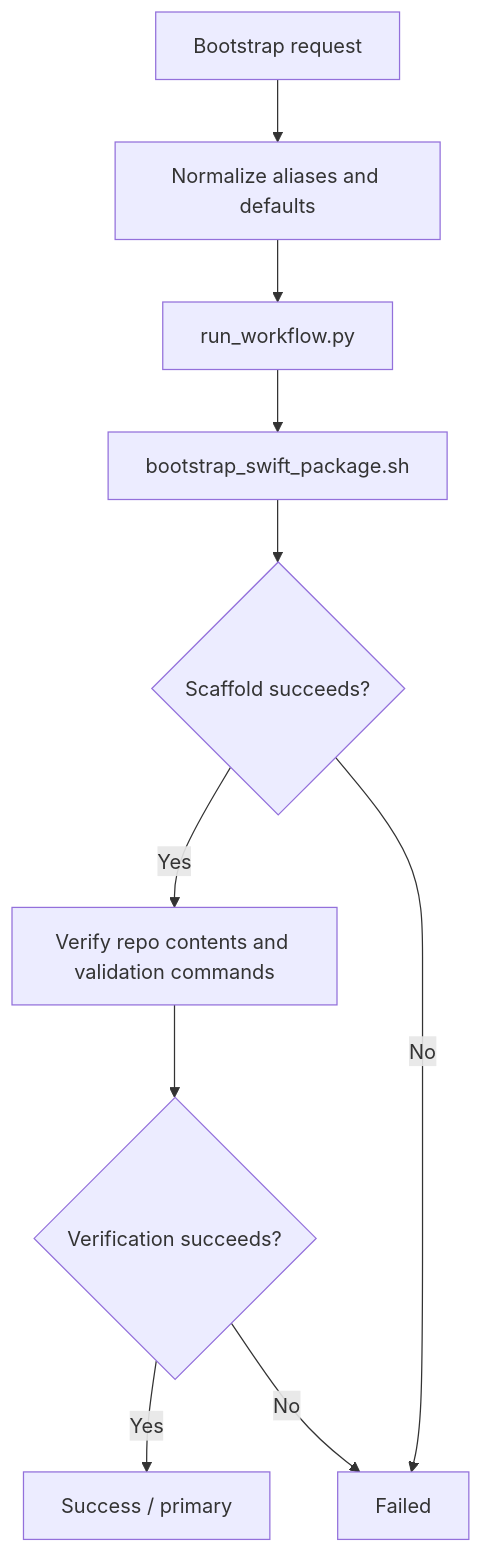
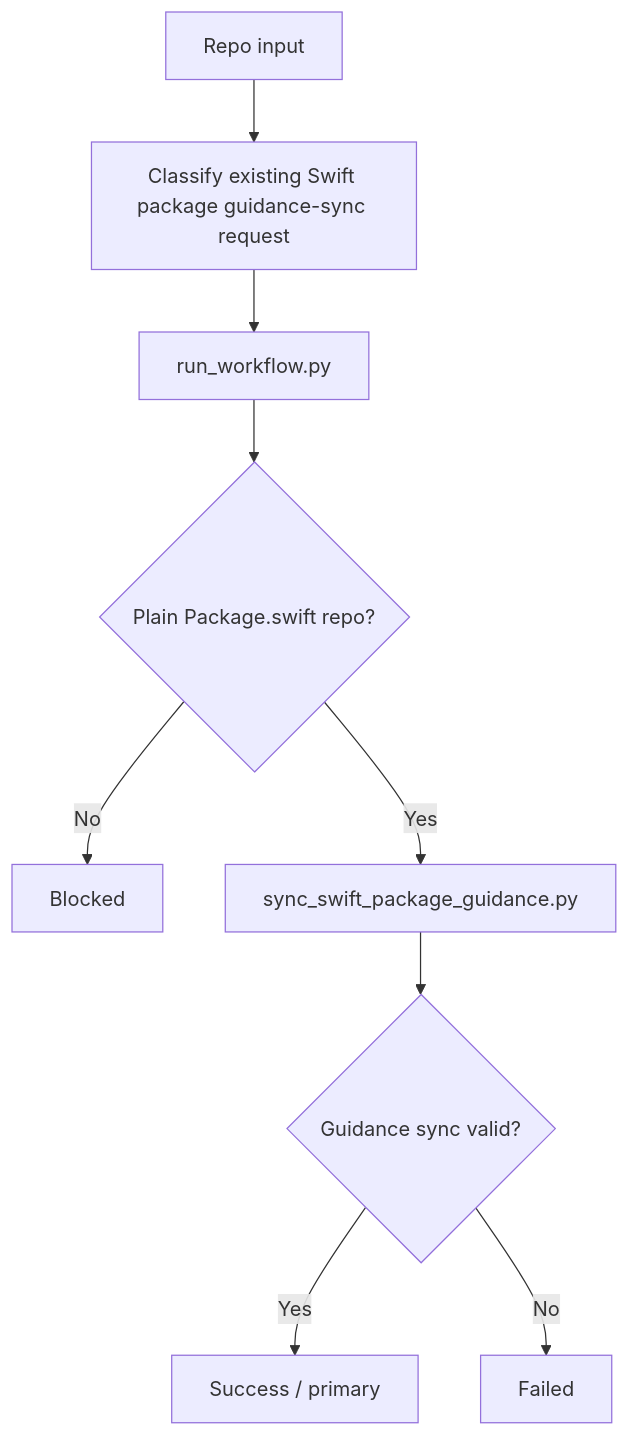
One commit to gaelic-ghost/apple-dev-skills changed the eighth of 8 diagrams in docs/maintainers/workflow-atlas.md. Above: the diagram before and after it, drawn with Mermaid. The commit also changed other lines of this file and 43 other files, not shown here.

Commit message:
Extract Apple and Swift docs workflow skill

````diff
--- a/docs/maintainers/workflow-atlas.md
+++ b/docs/maintainers/workflow-atlas.md
@@ -552,12 +425,11 @@
 ```mermaid
 flowchart TD
-    I["Bootstrap request"] --> N["Normalize aliases and defaults"]
-    N --> RW["run_workflow.py"]
-    RW --> BS["bootstrap_swift_package.sh"]
-    BS --> OK{"Scaffold succeeds?"}
-    OK -->|Yes| VERIFY["Verify repo contents and validation commands"]
-    OK -->|No| FAIL["Failed"]
-    VERIFY --> VOK{"Verification succeeds?"}
-    VOK -->|Yes| OUT1["Success / primary"]
-    VOK -->|No| FAIL
+    I["Repo input"] --> C["Classify existing Swift package guidance-sync request"]
+    C --> RW["run_workflow.py"]
+    RW --> DETECT{"Plain Package.swift repo?"}
+    DETECT -->|No| BL["Blocked"]
+    DETECT -->|Yes| APPLY["sync_swift_package_guidance.py"]
+    APPLY --> VALIDATE{"Guidance sync valid?"}
+    VALIDATE -->|Yes| OUT["Success / primary"]
+    VALIDATE -->|No| FAIL["Failed"]
 ```
````
